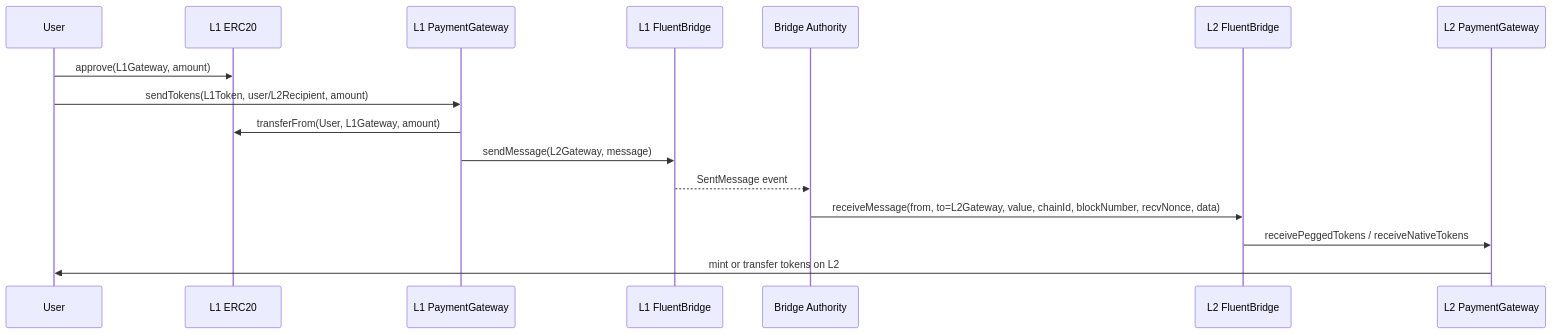
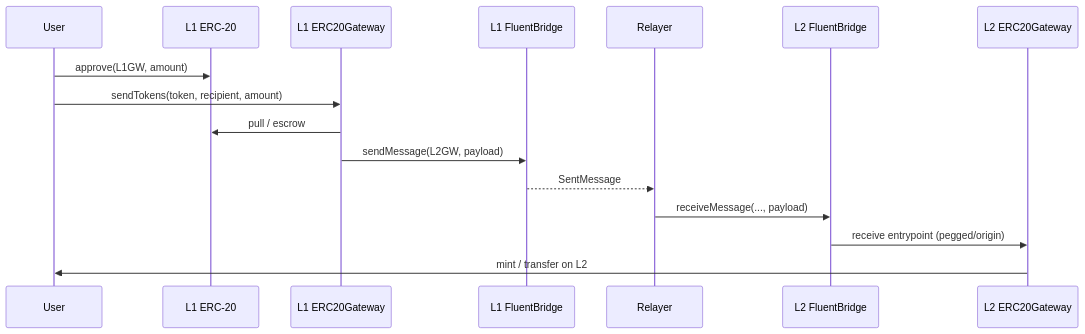
One commit to fluentlabs-xyz/solidity-contracts changed the diagram in README.md. Above: the diagram before and after it, drawn with Mermaid. The commit also changed other lines of this file and 2 other files, not shown here.

````diff
--- a/README.md
+++ b/README.md
@@ -33,19 +61,19 @@
 ```mermaid
 sequenceDiagram
     participant User
-    participant L1Token as L1 ERC20
-    participant L1Gateway as L1 PaymentGateway
-    participant L1Bridge as L1 FluentBridge
-    participant Relayer as Bridge Authority
-    participant L2Bridge as L2 FluentBridge
-    participant L2Gateway as L2 PaymentGateway
+    participant L1Token as L1 ERC-20
+    participant L1GW as L1 ERC20Gateway
+    participant L1Br as L1 FluentBridge
+    participant Relayer
+    participant L2Br as L2 FluentBridge
+    participant L2GW as L2 ERC20Gateway
 
-    User->>L1Token: approve(L1Gateway, amount)
-    User->>L1Gateway: sendTokens(L1Token, user/L2Recipient, amount)
-    L1Gateway->>L1Token: transferFrom(User, L1Gateway, amount)
-    L1Gateway->>L1Bridge: sendMessage(L2Gateway, message)
-    L1Bridge-->>Relayer: SentMessage event
-    Relayer->>L2Bridge: receiveMessage(from, to=L2Gateway, value, chainId, blockNumber, recvNonce, data)
-    L2Bridge->>L2Gateway: receivePeggedTokens / receiveNativeTokens
-    L2Gateway->>User: mint or transfer tokens on L2
+    User->>L1Token: approve(L1GW, amount)
+    User->>L1GW: sendTokens(token, recipient, amount)
+    L1GW->>L1Token: pull / escrow
+    L1GW->>L1Br: sendMessage(L2GW, payload)
+    L1Br-->>Relayer: SentMessage
+    Relayer->>L2Br: receiveMessage(..., payload)
+    L2Br->>L2GW: receive entrypoint (pegged/origin)
+    L2GW->>User: mint / transfer on L2
 ```
````
